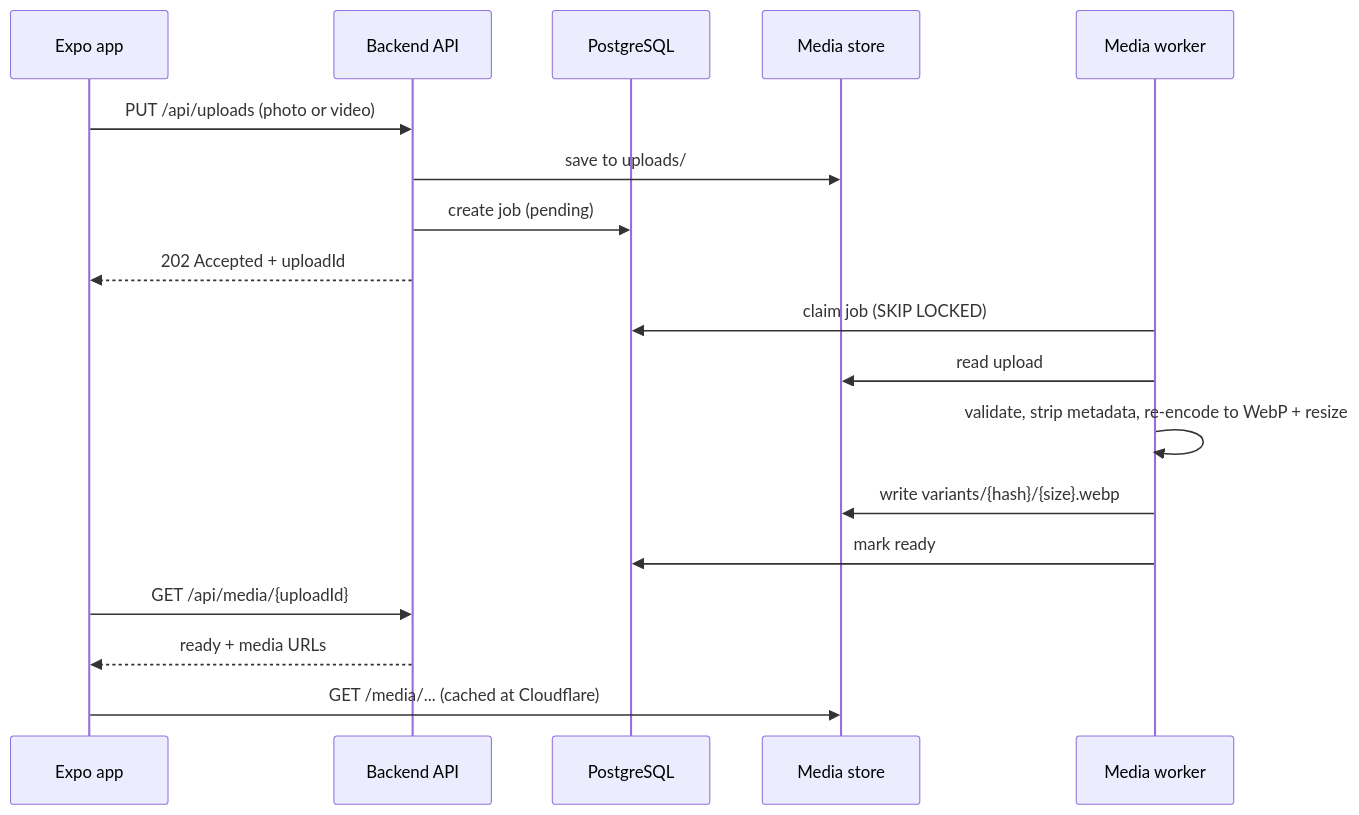
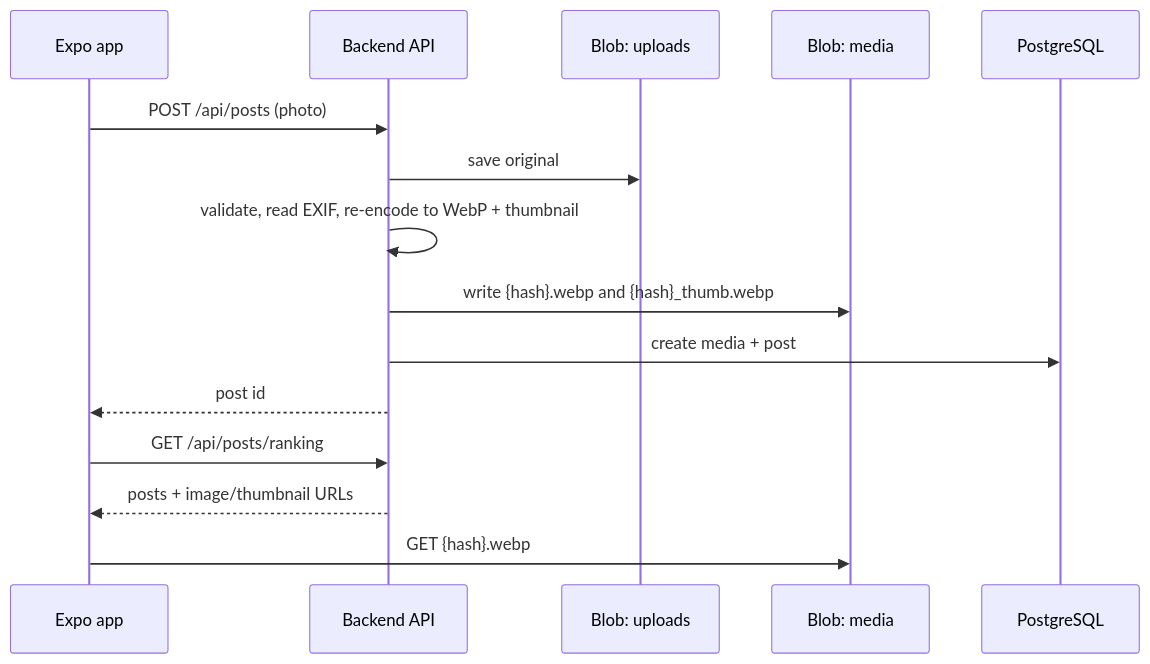
The second of 2 diagrams in ServiceDiagram.md (Aarhus-tech-project/2026q4-h5-projektstyring-og-app-programmering-group-2), drawn with Mermaid before and after one commit. The commit also changed other lines of this file and 4 other files, not shown here.

````diff
--- a/ServiceDiagram.md
+++ b/ServiceDiagram.md
@@ -54,23 +63,19 @@
 ```mermaid
 sequenceDiagram
     participant App as Expo app
     participant API as Backend API
+    participant Up as Blob: uploads
+    participant Media as Blob: media
     participant DB as PostgreSQL
-    participant Store as Media store
-    participant W as Media worker
 
-    App->>API: PUT /api/uploads (photo or video)
-    API->>Store: save to uploads/
-    API->>DB: create job (pending)
-    API-->>App: 202 Accepted + uploadId
+    App->>API: POST /api/posts (photo)
+    API->>Up: save original
+    API->>API: validate, read EXIF, re-encode to WebP + thumbnail
+    API->>Media: write {hash}.webp and {hash}_thumb.webp
+    API->>DB: create media + post
+    API-->>App: post id
 
-    W->>DB: claim job (SKIP LOCKED)
-    W->>Store: read upload
-    W->>W: validate, strip metadata, re-encode to WebP + resize
-    W->>Store: write variants/{hash}/{size}.webp
-    W->>DB: mark ready
-
-    App->>API: GET /api/media/{uploadId}
-    API-->>App: ready + media URLs
-    App->>Store: GET /media/... (cached at Cloudflare)
+    App->>API: GET /api/posts/ranking
+    API-->>App: posts + image/thumbnail URLs
+    App->>Media: GET {hash}.webp
 ```
````
